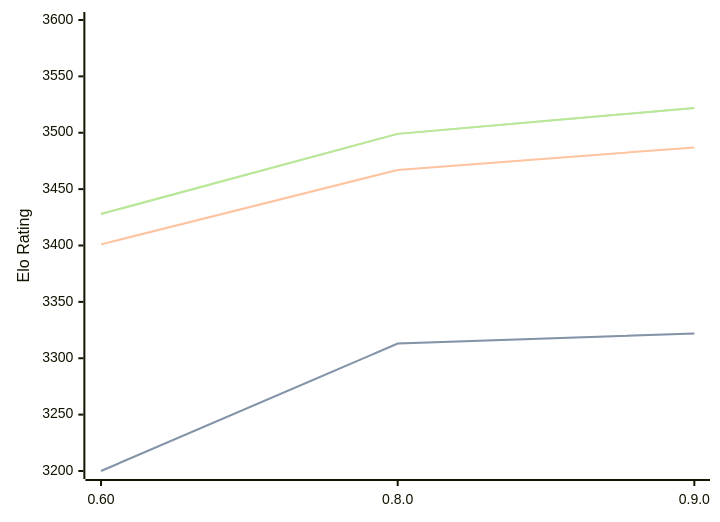
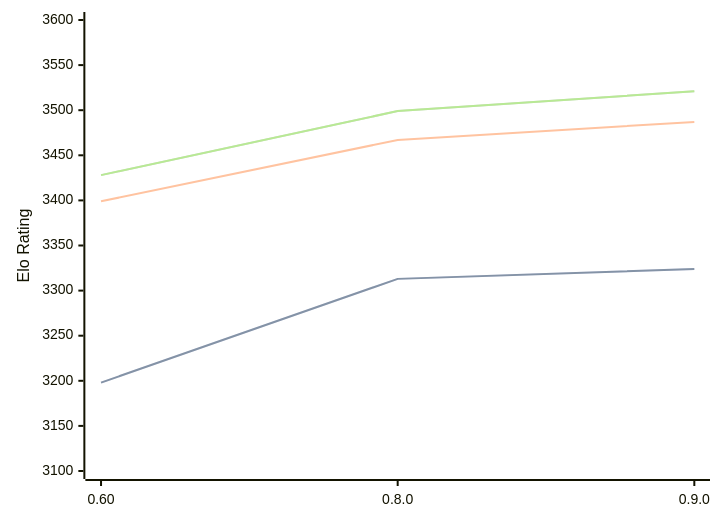
The diagram in engines/Motor.md (computer-chess-index/cci), drawn with Mermaid before and after one commit. The commit also changed other lines of this file, not shown here.

Commit message:
Update CCI Ratings (ELO VLTC) - 2026-07-27

````diff
--- a/engines/Motor.md
+++ b/engines/Motor.md
@@ -39,11 +39,11 @@
 ```mermaid
 %%{init: {"theme":"base","themeVariables":{"seriesColors:['#a3a3a3','#222221','#faa371']}}}%%
 xychart-beta
   x-axis ["0.60", "0.8.0", "0.9.0"]
-  y-axis "Elo Rating" 3200 --> 3600
-  line "STC (8.0+0.08s)" [3200, 3313, 3322]
-  line "STC (8.0+0.08s)" [3200, 3313, 3322]
-  line "LTC (60.0+0.60s)" [3401, 3467, 3487]
-  line "VLTC (2m24s+1.12s)" [3428, 3499, 3522]
-  line "VLTC (2m24s+1.12s)" [3428, 3499, 3522]
+  y-axis "Elo Rating" 3100 --> 3600
+  line "STC (8.0+0.08s)" [3198, 3313, 3324]
+  line "STC (8.0+0.08s)" [3198, 3313, 3324]
+  line "LTC (60.0+0.60s)" [3399, 3467, 3487]
+  line "VLTC (2m24s+1.12s)" [3428, 3499, 3521]
+  line "VLTC (2m24s+1.12s)" [3428, 3499, 3521]
 ```
````
